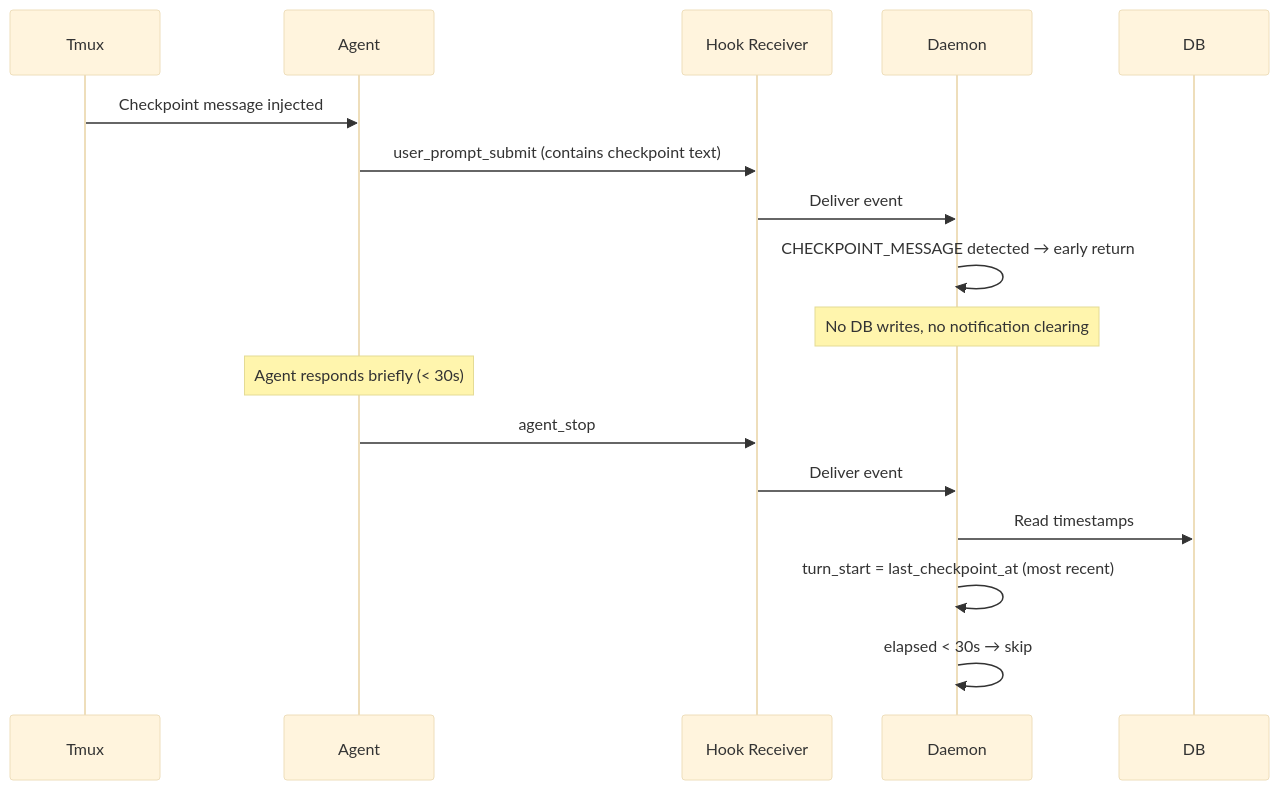
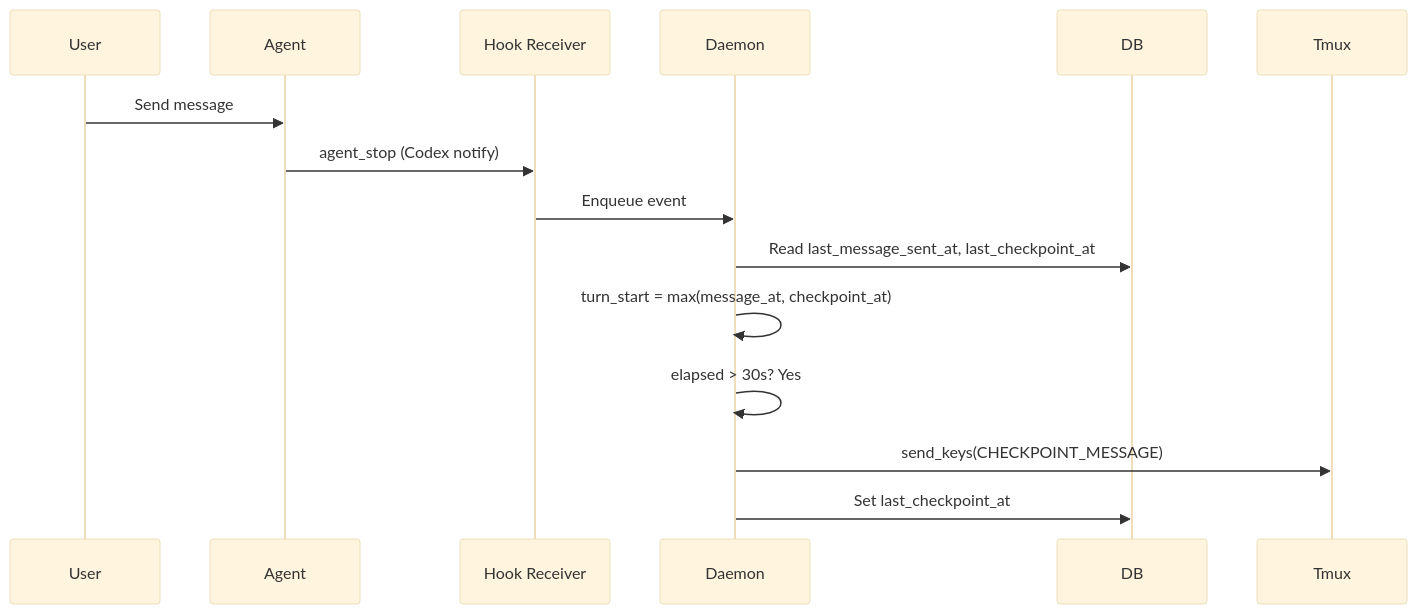
Before and after one commit to InstruktAI/TeleClaude: the second of 4 diagrams in docs/project/design/architecture/checkpoint-system.md, drawn with Mermaid (base theme). The commit also changed other lines of this file and 86 other files, not shown here.

````diff
--- a/docs/project/design/architecture/checkpoint-system.md
+++ b/docs/project/design/architecture/checkpoint-system.md
@@ -77,22 +89,18 @@
 ```mermaid
 sequenceDiagram
-    participant Tmux
+    participant User
     participant Agent
     participant Hook as Hook Receiver
     participant Daemon
     participant DB
+    participant Tmux
 
-    Tmux->>Agent: Checkpoint message injected
-    Agent->>Hook: user_prompt_submit (contains checkpoint text)
-    Hook->>Daemon: Deliver event
-    Daemon->>Daemon: CHECKPOINT_MESSAGE detected → early return
-    Note over Daemon: No DB writes, no notification clearing
-
-    Note over Agent: Agent responds briefly (< 30s)
-
-    Agent->>Hook: agent_stop
-    Hook->>Daemon: Deliver event
-    Daemon->>DB: Read timestamps
-    Daemon->>Daemon: turn_start = last_checkpoint_at (most recent)
-    Daemon->>Daemon: elapsed < 30s → skip
+    User->>Agent: Send message
+    Agent->>Hook: agent_stop (Codex notify)
+    Hook->>Daemon: Enqueue event
+    Daemon->>DB: Read last_message_sent_at, last_checkpoint_at
+    Daemon->>Daemon: turn_start = max(message_at, checkpoint_at)
+    Daemon->>Daemon: elapsed > 30s? Yes
+    Daemon->>Tmux: send_keys(CHECKPOINT_MESSAGE)
+    Daemon->>DB: Set last_checkpoint_at
 ```
````
